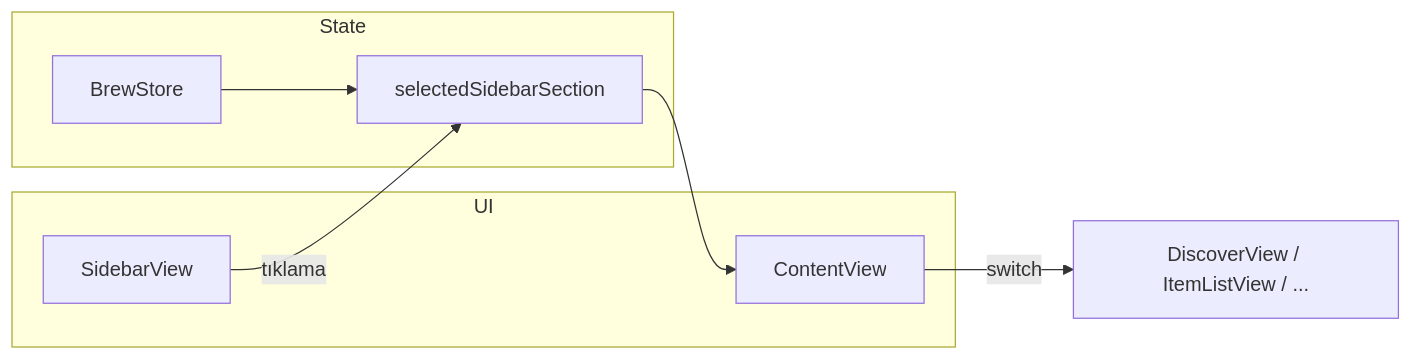
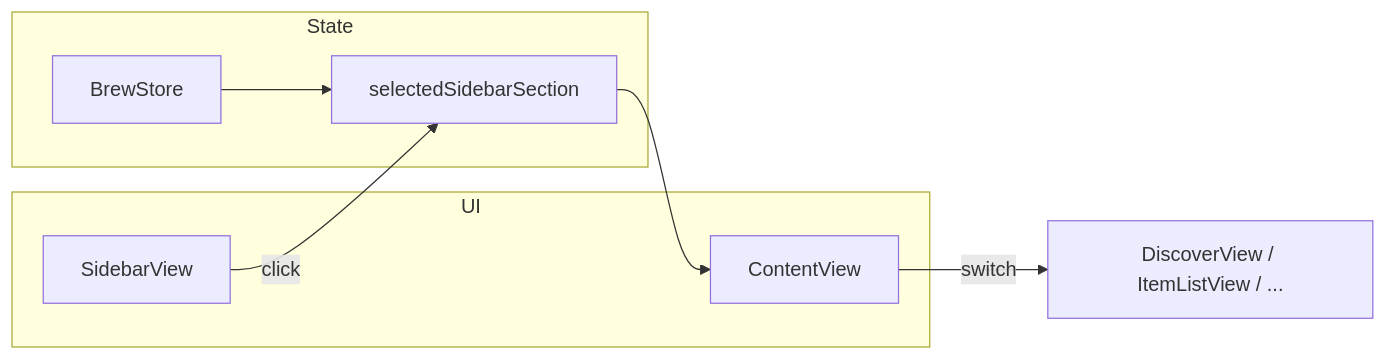
One commit to ResulKarahasanMD/HomebrewCatalog changed the diagram in Docs/Sidebar-Navigation.md. Above: the diagram before and after it, drawn with Mermaid. The commit also changed other lines of this file and 1 other file, not shown here.

````diff
--- a/Docs/Sidebar-Navigation.md
+++ b/Docs/Sidebar-Navigation.md
@@ -18,15 +18,15 @@
 ```mermaid
 flowchart LR
     subgraph UI
         SV[SidebarView]
         CV[ContentView]
     end
     subgraph State
         BS[BrewStore]
         SS[selectedSidebarSection]
     end
-    SV -->|tıklama| SS
+    SV -->|click| SS
     BS --> SS
     SS --> CV
     CV -->|switch| Views[DiscoverView / ItemListView / ...]
 ```
````
